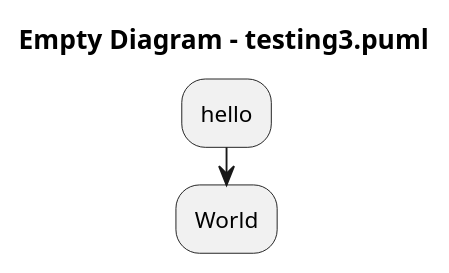
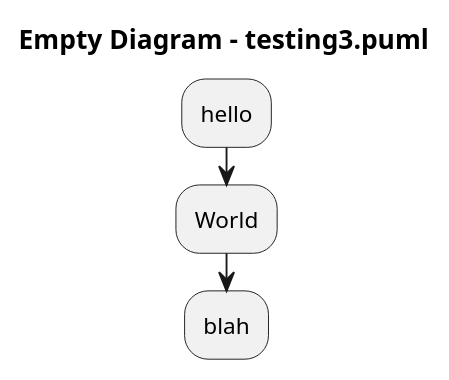
One commit to aberni-coder/PlantText-Testing-Repository-Public changed the diagram in testing3.puml. Above: the diagram before and after it, drawn with PlantUML.

Commit message:
PlantText Commit: .

```diff
--- a/testing3.puml
+++ b/testing3.puml
@@ -1,7 +1,8 @@
 @startuml
 
 title Empty Diagram - testing3.puml
 :hello;
 :World;
+:blah;
 
 @enduml
```
